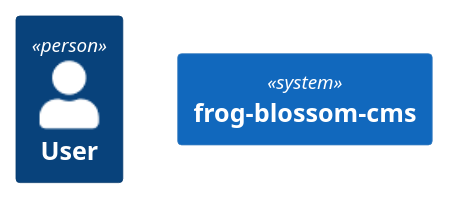
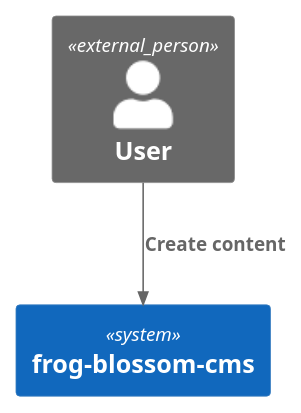
The diagram in design-docs/context.puml (minierparedes/frog-blossom-docs), drawn with PlantUML before and after one commit.

Commit message:
Apr 30, 2024, 12:13 PM

```diff
--- a/design-docs/context.puml
+++ b/design-docs/context.puml
@@ -1,9 +1,9 @@
 @startuml frog-blossom-context
 !include  https://raw.githubusercontent.com/plantuml-stdlib/C4-PlantUML/master/C4_Container.puml
 
-Person(user, "User")
+Person_Ext(user, "User")
 System(cms, "frog-blossom-cms")
 
-
+Rel(user, cms, "Create content")
 
 @enduml
```
